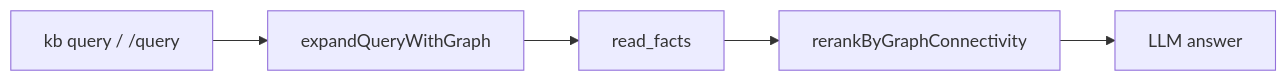
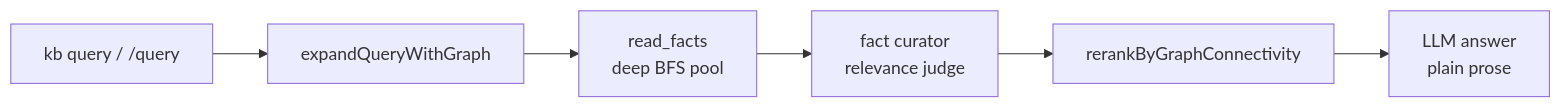
One commit to rosenjcb/kb changed the first of 2 diagrams in src/core/AGENT_LOOP.md. Above: the diagram before and after it, drawn with Mermaid. The commit also changed other lines of this file and 18 other files, not shown here.

````diff
--- a/src/core/AGENT_LOOP.md
+++ b/src/core/AGENT_LOOP.md
@@ -30,7 +30,8 @@
 ```mermaid
 flowchart LR
   Q["kb query / /query"] --> G["expandQueryWithGraph"]
-  G --> R["read_facts"]
-  R --> RR["rerankByGraphConnectivity"]
-  RR --> A["LLM answer"]
+  G --> R["read_facts<br/>deep BFS pool"]
+  R --> C["fact curator<br/>relevance judge"]
+  C --> RR["rerankByGraphConnectivity"]
+  RR --> A["LLM answer<br/>plain prose"]
 ```
````
